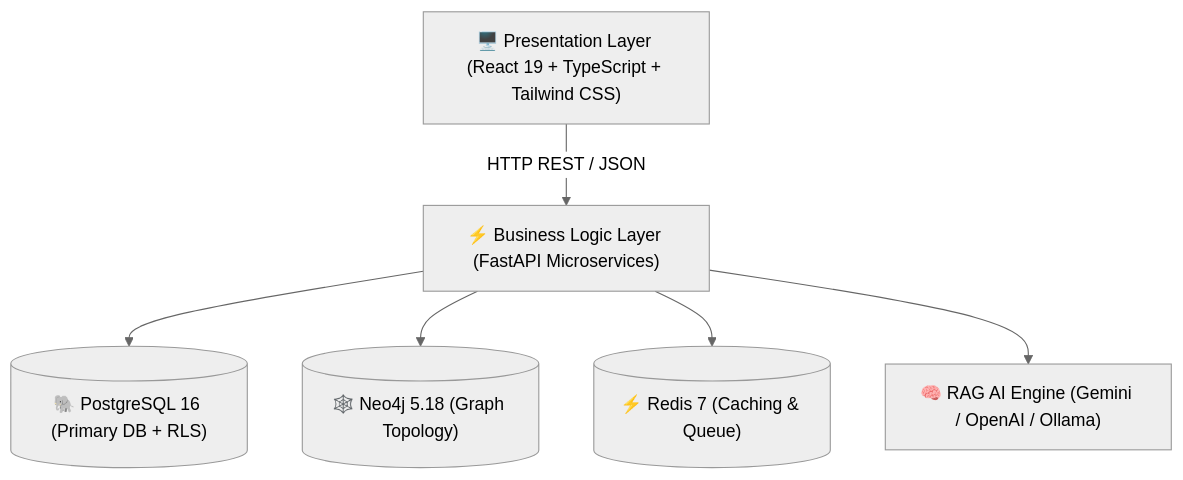
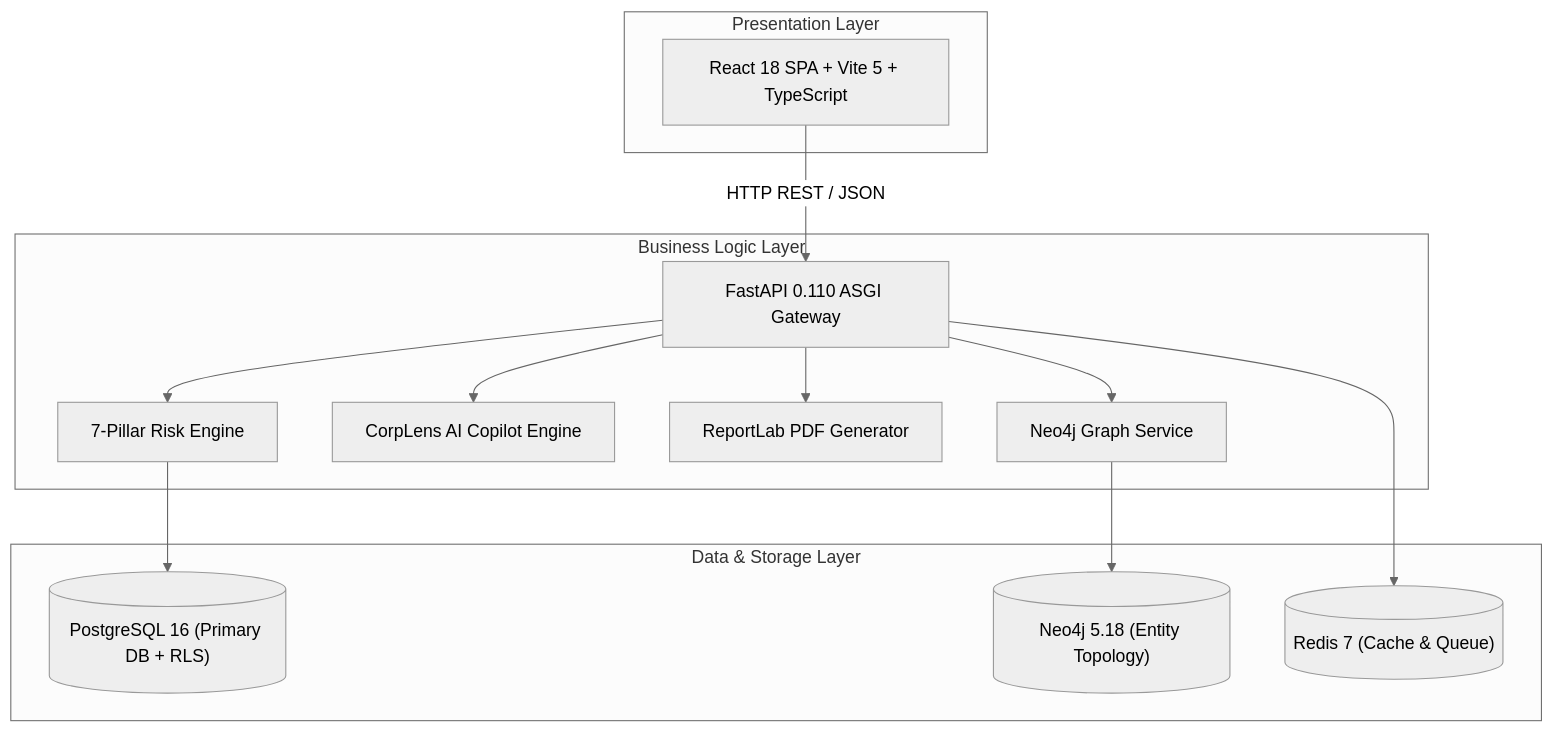
One commit to amn2905/CorpLens_One changed the diagram in README.md. Above: the diagram before and after it, drawn with Mermaid (neutral theme). The commit also changed other lines of this file and 54 other files, not shown here.

Commit message:
feat(release): CorpLens One v1.0.0 branding refactor, production cleanup & enterprise docs rewrite

````diff
--- a/README.md
+++ b/README.md
@@ -82,15 +38,29 @@
 ```mermaid
 graph TD
-    UI["🖥️ Presentation Layer (React 19 + TypeScript + Tailwind CSS)"]
-    API["⚡ Business Logic Layer (FastAPI Microservices)"]
-    PG[("🐘 PostgreSQL 16 (Primary DB + RLS)")]
-    NEO[("🕸️ Neo4j 5.18 (Graph Topology)")]
-    REDIS[("⚡ Redis 7 (Caching & Queue)")]
-    AI["🧠 RAG AI Engine (Gemini / OpenAI / Ollama)"]
+    subgraph Presentation ["Presentation Layer"]
+        UI["React 18 SPA + Vite 5 + TypeScript"]
+    end
+
+    subgraph Logic ["Business Logic Layer"]
+        API["FastAPI 0.110 ASGI Gateway"]
+        Risk["7-Pillar Risk Engine"]
+        AI["CorpLens AI Copilot Engine"]
+        PDF["ReportLab PDF Generator"]
+        GraphSvc["Neo4j Graph Service"]
+    end
+
+    subgraph Data ["Data & Storage Layer"]
+        PG[("PostgreSQL 16 (Primary DB + RLS)")]
+        Neo[("Neo4j 5.18 (Entity Topology)")]
+        Redis[("Redis 7 (Cache & Queue)")]
+    end
 
     UI -->|HTTP REST / JSON| API
-    API --> PG
-    API --> NEO
-    API --> REDIS
+    API --> Risk
     API --> AI
+    API --> PDF
+    API --> GraphSvc
+    Risk --> PG
+    GraphSvc --> Neo
+    API --> Redis
 ```
````
